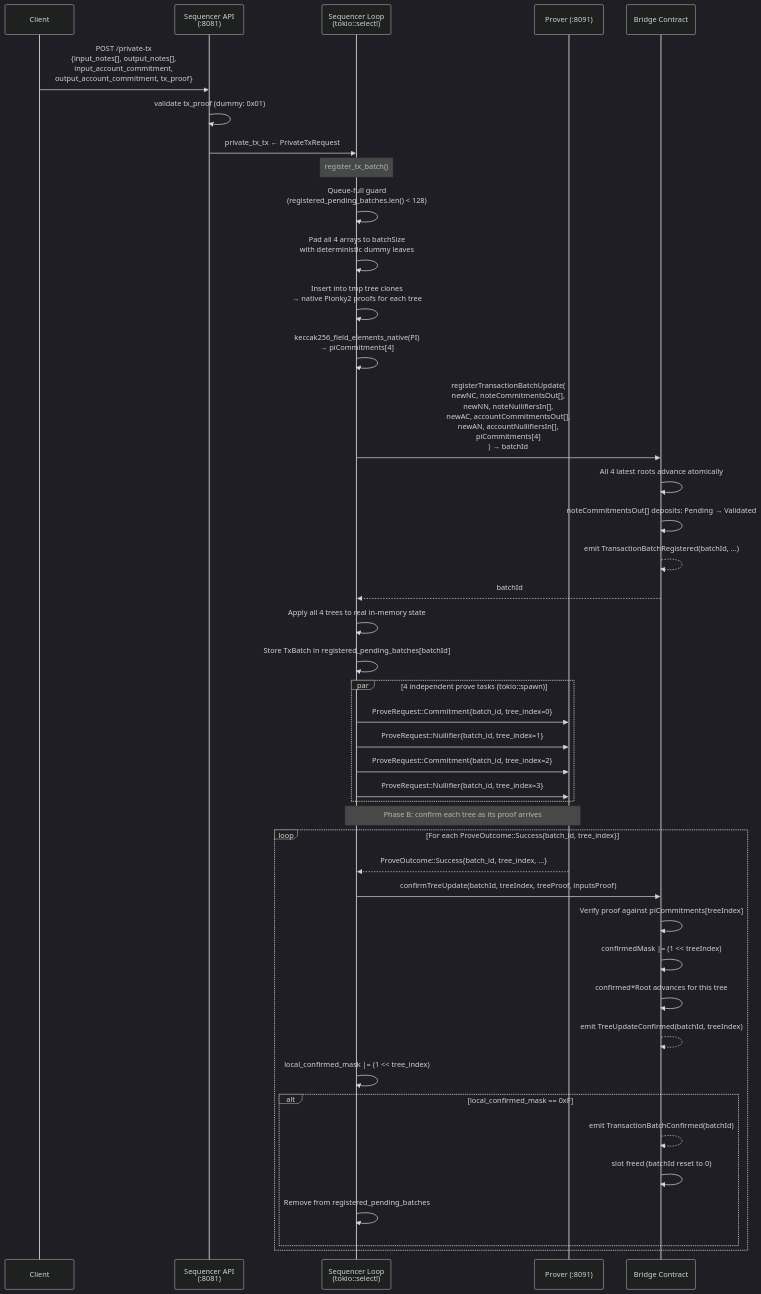
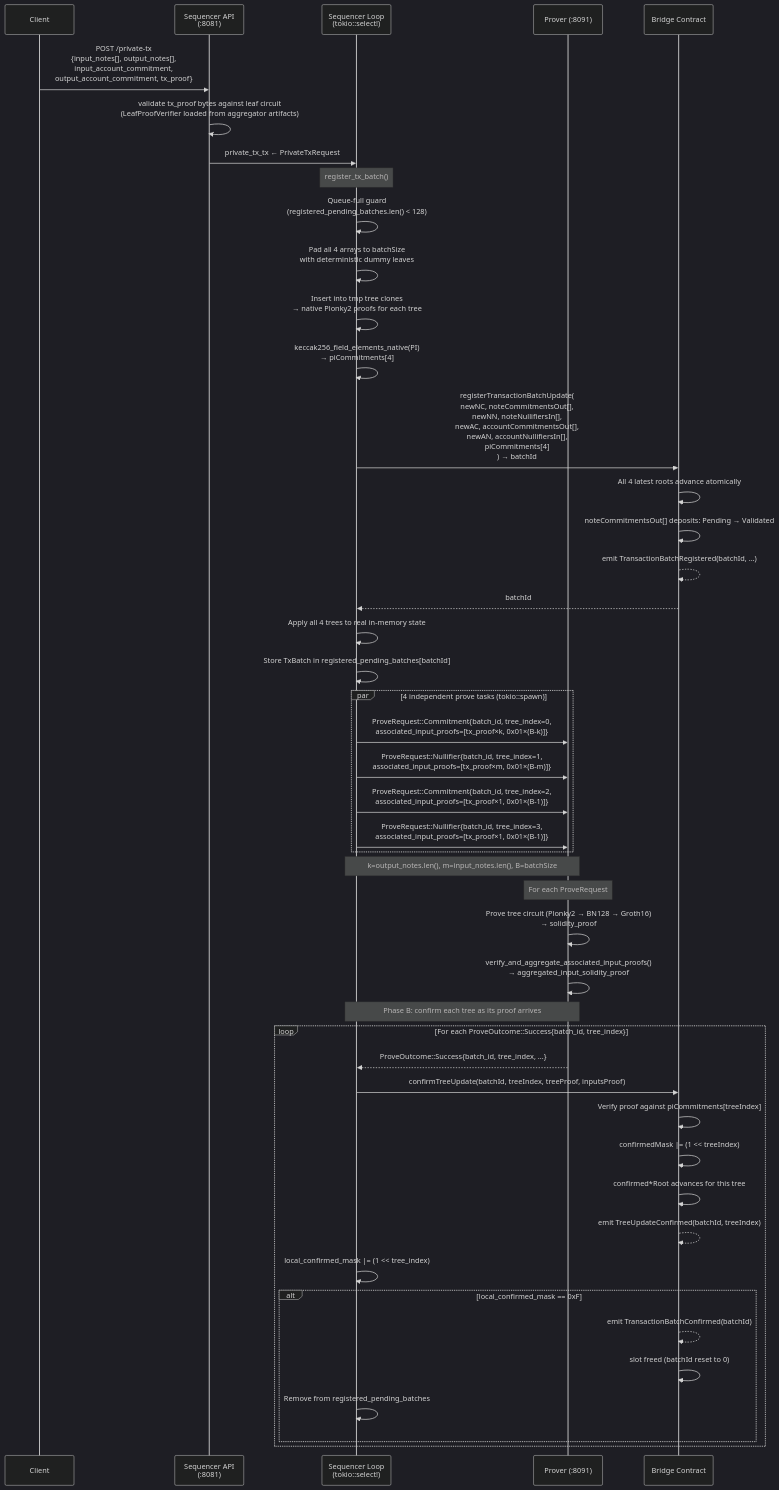
Before and after one commit to phantomzone-org/Doxa: the diagram in docs/architecture/06-w3-private-transaction.md, drawn with Mermaid (dark theme). The commit also changed other lines of this file and 85 other files, not shown here.

Commit message:
Working E2E with tx proof & account (dummy circuit)

````diff
--- a/docs/architecture/06-w3-private-transaction.md
+++ b/docs/architecture/06-w3-private-transaction.md
@@ -11,53 +11,59 @@
 ```mermaid
 sequenceDiagram
     participant C as Client
     participant API as Sequencer API<br/>(:8081)
     participant SQ as Sequencer Loop<br/>(tokio::select!)
     participant PRV as Prover (:8091)
     participant BR as Bridge Contract
 
     C->>API: POST /private-tx<br/>{input_notes[], output_notes[],<br/>input_account_commitment,<br/>output_account_commitment, tx_proof}
-    API->>API: validate tx_proof (dummy: 0x01)
+    API->>API: validate tx_proof bytes against leaf circuit<br/>(LeafProofVerifier loaded from aggregator artifacts)
     API->>SQ: private_tx_tx ← PrivateTxRequest
 
     Note over SQ: register_tx_batch()
 
     SQ->>SQ: Queue-full guard<br/>(registered_pending_batches.len() < 128)
     SQ->>SQ: Pad all 4 arrays to batchSize<br/>with deterministic dummy leaves
     SQ->>SQ: Insert into tmp tree clones<br/>→ native Plonky2 proofs for each tree
     SQ->>SQ: keccak256_field_elements_native(PI)<br/>→ piCommitments[4]
 
     SQ->>BR: registerTransactionBatchUpdate(<br/>  newNC, noteCommitmentsOut[],<br/>  newNN, noteNullifiersIn[],<br/>  newAC, accountCommitmentsOut[],<br/>  newAN, accountNullifiersIn[],<br/>  piCommitments[4]<br/>) → batchId
 
     BR->>BR: All 4 latest roots advance atomically
     BR->>BR: noteCommitmentsOut[] deposits: Pending → Validated
     BR-->>BR: emit TransactionBatchRegistered(batchId, ...)
     BR-->>SQ: batchId
 
     SQ->>SQ: Apply all 4 trees to real in-memory state
     SQ->>SQ: Store TxBatch in registered_pending_batches[batchId]
 
     par 4 independent prove tasks (tokio::spawn)
-        SQ->>PRV: ProveRequest::Commitment{batch_id, tree_index=0}
-        SQ->>PRV: ProveRequest::Nullifier{batch_id, tree_index=1}
-        SQ->>PRV: ProveRequest::Commitment{batch_id, tree_index=2}
-        SQ->>PRV: ProveRequest::Nullifier{batch_id, tree_index=3}
+        SQ->>PRV: ProveRequest::Commitment{batch_id, tree_index=0,<br/>associated_input_proofs=[tx_proof×k, 0x01×(B-k)]}
+        SQ->>PRV: ProveRequest::Nullifier{batch_id, tree_index=1,<br/>associated_input_proofs=[tx_proof×m, 0x01×(B-m)]}
+        SQ->>PRV: ProveRequest::Commitment{batch_id, tree_index=2,<br/>associated_input_proofs=[tx_proof×1, 0x01×(B-1)]}
+        SQ->>PRV: ProveRequest::Nullifier{batch_id, tree_index=3,<br/>associated_input_proofs=[tx_proof×1, 0x01×(B-1)]}
     end
+    Note over SQ,PRV: k=output_notes.len(), m=input_notes.len(), B=batchSize
+
+    Note over PRV: For each ProveRequest
+
+    PRV->>PRV: Prove tree circuit (Plonky2 → BN128 → Groth16)<br/>→ solidity_proof
+    PRV->>PRV: verify_and_aggregate_associated_input_proofs()<br/>→ aggregated_input_solidity_proof
 
     Note over SQ,PRV: Phase B: confirm each tree as its proof arrives
 
     loop For each ProveOutcome::Success{batch_id, tree_index}
         PRV-->>SQ: ProveOutcome::Success{batch_id, tree_index, ...}
         SQ->>BR: confirmTreeUpdate(batchId, treeIndex, treeProof, inputsProof)
         BR->>BR: Verify proof against piCommitments[treeIndex]
         BR->>BR: confirmedMask |= (1 << treeIndex)
         BR->>BR: confirmed*Root advances for this tree
         BR-->>BR: emit TreeUpdateConfirmed(batchId, treeIndex)
         SQ->>SQ: local_confirmed_mask |= (1 << tree_index)
         alt local_confirmed_mask == 0xF
             BR-->>BR: emit TransactionBatchConfirmed(batchId)
             BR->>BR: slot freed (batchId reset to 0)
             SQ->>SQ: Remove from registered_pending_batches
         end
     end
 ```
````
